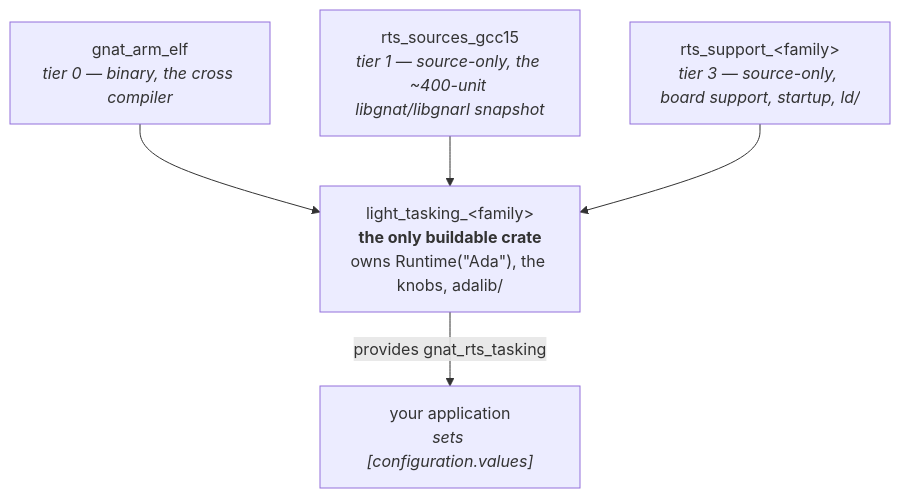
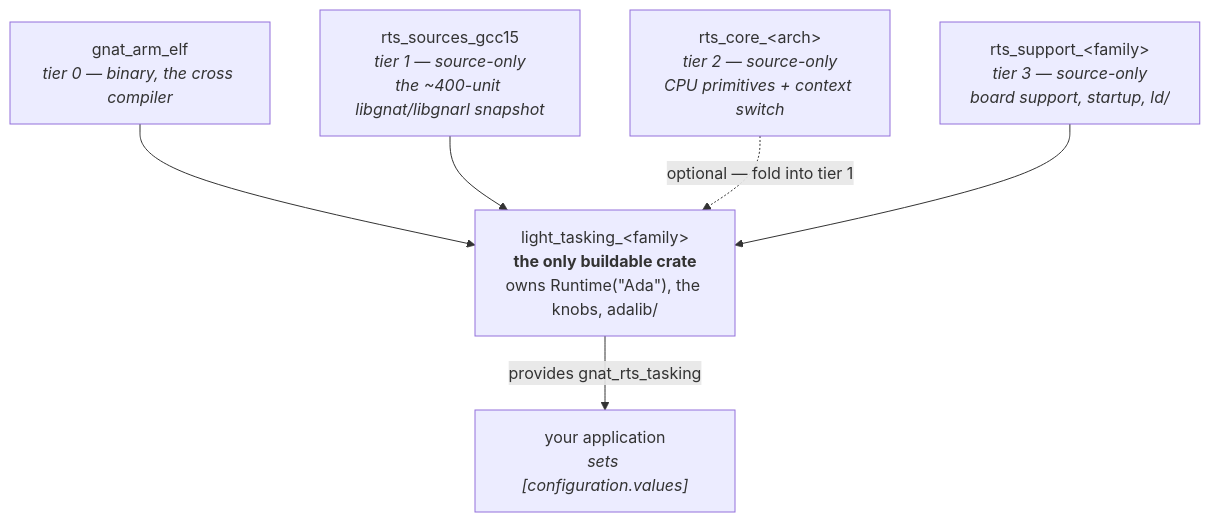
One commit to ThyMYthOS/ada-machine changed the diagram in RTS-GUIDE.md. Above: the diagram before and after it, drawn with Mermaid. The commit also changed other lines of this file, not shown here.

````diff
--- a/RTS-GUIDE.md
+++ b/RTS-GUIDE.md
@@ -42,13 +42,15 @@
 ```mermaid
 graph TD
     TC["gnat_arm_elf<br/><i>tier 0 — binary, the cross compiler</i>"]
-    SRC["rts_sources_gcc15<br/><i>tier 1 — source-only, the ~400-unit libgnat/libgnarl snapshot</i>"]
-    BOARD["rts_support_&lt;family&gt;<br/><i>tier 3 — source-only, board support, startup, ld/</i>"]
+    SRC["rts_sources_gcc15<br/><i>tier 1 — source-only<br/>the ~400-unit libgnat/libgnarl snapshot</i>"]
+    CORE["rts_core_&lt;arch&gt;<br/><i>tier 2 — source-only<br/>CPU primitives + context switch</i>"]
+    BOARD["rts_support_&lt;family&gt;<br/><i>tier 3 — source-only<br/>board support, startup, ld/</i>"]
     LEAF["light_tasking_&lt;family&gt;<br/><b>the only buildable crate</b><br/>owns Runtime(&quot;Ada&quot;), the knobs, adalib/"]
     APP["your application<br/><i>sets [configuration.values]</i>"]
 
     TC --> LEAF
     SRC --> LEAF
+    CORE -.->|"optional — fold into tier 1"| LEAF
     BOARD --> LEAF
     LEAF -->|"provides gnat_rts_tasking"| APP
 ```
````
